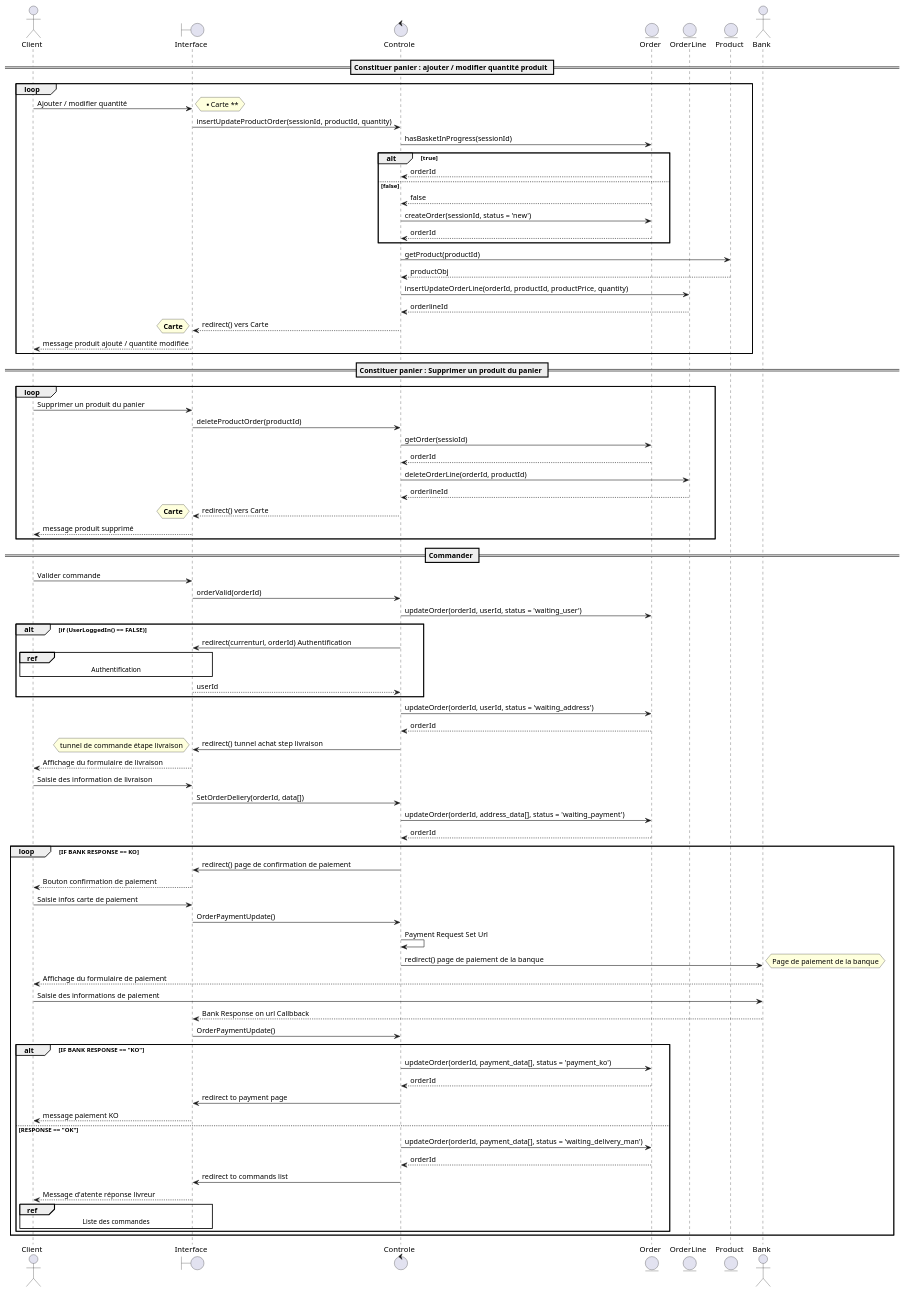
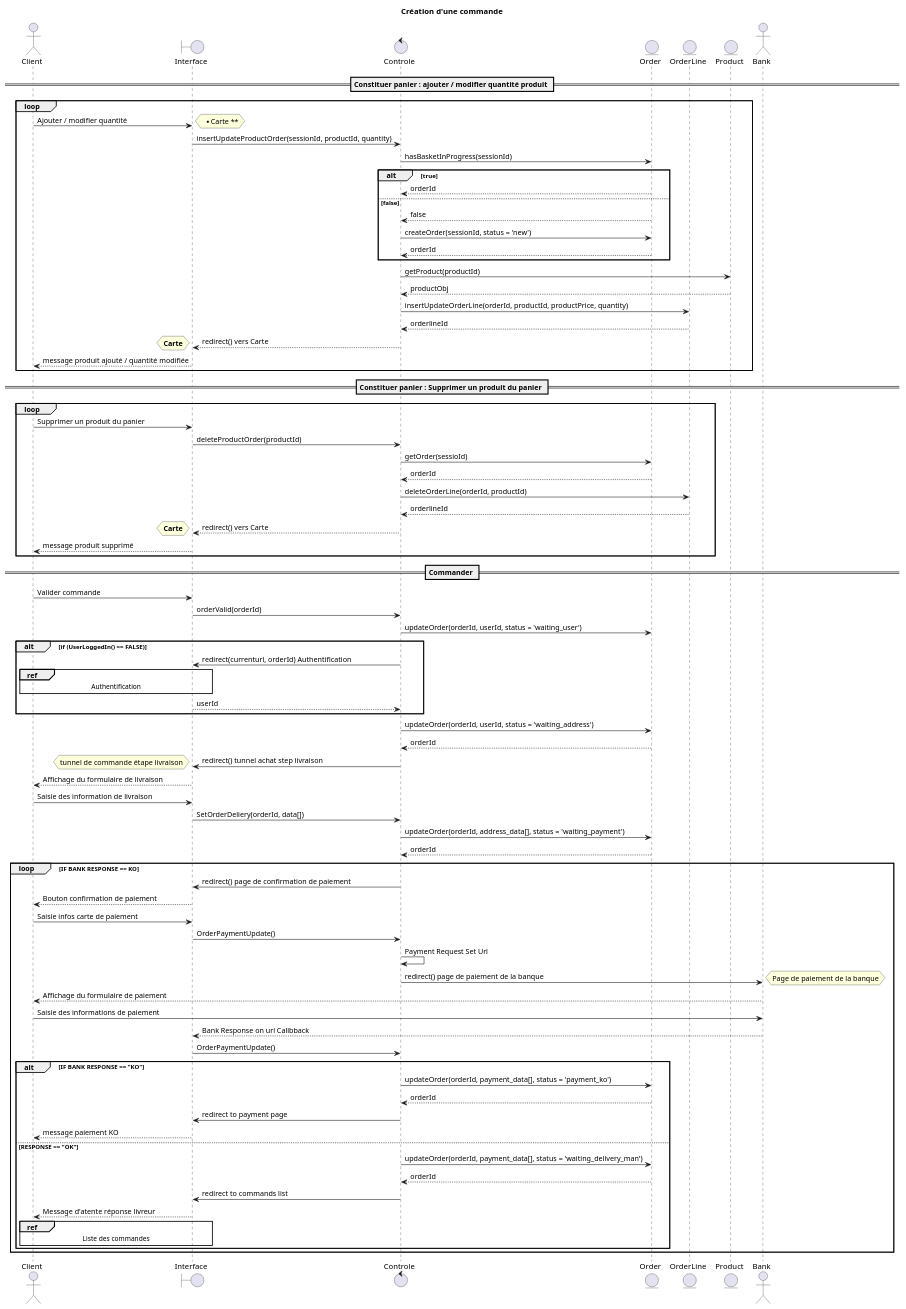
The diagram in uml/sequence-command.plantuml (sjaulin/expressfood), drawn with PlantUML before and after one commit. The commit also changed 1 other file, not shown here.

Commit message:
set titles on sequence plantuml

```diff
--- a/uml/sequence-command.plantuml
+++ b/uml/sequence-command.plantuml
@@ -1,85 +1,86 @@
 @startuml
+title Création d'une commande
 actor Client
 boundary Interface
 control Controle
 entity Order
 entity OrderLine
 entity Product
 actor Bank
 == Constituer panier : ajouter / modifier quantité produit ==
 loop
 Client -> Interface : Ajouter / modifier quantité
 hnote right : ** Carte **
 Interface -> Controle : insertUpdateProductOrder(sessionId, productId, quantity)
 Controle -> Order : hasBasketInProgress(sessionId)
 alt true
 Order --> Controle : orderId
 else false
 Order --> Controle : false
 Controle -> Order : createOrder(sessionId, status = 'new')
 Order --> Controle : orderId
 end
 Controle -> Product : getProduct(productId)
 Product --> Controle : productObj
 Controle -> OrderLine : insertUpdateOrderLine(orderId, productId, productPrice, quantity)
 OrderLine --> Controle : orderlineId
 Controle --> Interface : redirect() vers Carte
 hnote left: **Carte**
 Interface --> Client : message produit ajouté / quantité modifiée
 end
 == Constituer panier : Supprimer un produit du panier ==
 loop
 Client -> Interface : Supprimer un produit du panier
 Interface -> Controle : deleteProductOrder(productId)
 Controle -> Order : getOrder(sessioId)
 Order -->Controle : orderId
 Controle -> OrderLine : deleteOrderLine(orderId, productId)
 OrderLine --> Controle : orderlineId
 Controle --> Interface : redirect() vers Carte
 hnote left: **Carte**
 Interface --> Client : message produit supprimé
 end 
 == Commander ==
 Client -> Interface : Valider commande
 Interface -> Controle : orderValid(orderId) 
 Controle -> Order : updateOrder(orderId, userId, status = 'waiting_user')
 alt if (UserLoggedIn() == FALSE)
 Controle -> Interface : redirect(currenturl, orderId) Authentification
 ref over Client, Interface : Authentification
 Interface --> Controle : userId
 end
 Controle -> Order : updateOrder(orderId, userId, status = 'waiting_address')
 Order --> Controle : orderId
 Controle -> Interface : redirect() tunnel achat step livraison
 hnote left : tunnel de commande étape livraison
 Interface --> Client : Affichage du formulaire de livraison
 Client -> Interface : Saisie des information de livraison
 Interface -> Controle : SetOrderDeliery(orderId, data[])
 Controle -> Order : updateOrder(orderId, address_data[], status = 'waiting_payment')
 Order --> Controle : orderId
 loop IF BANK RESPONSE == KO
 Controle -> Interface : redirect() page de confirmation de paiement
 Interface --> Client : Bouton confirmation de paiement
 Client -> Interface : Saisie infos carte de paiement
 Interface -> Controle : OrderPaymentUpdate()
 Controle -> Controle : Payment Request Set Url
 Controle -> Bank : redirect() page de paiement de la banque
 hnote right : Page de paiement de la banque
 Bank --> Client : Affichage du formulaire de paiement
 Client -> Bank : Saisie des informations de paiement
 Bank --> Interface : Bank Response on url Callbback
 Interface -> Controle : OrderPaymentUpdate()
 alt IF BANK RESPONSE == "KO" 
 Controle -> Order : updateOrder(orderId, payment_data[], status = 'payment_ko')
 Order --> Controle : orderId
 Controle -> Interface : redirect to payment page
 Interface --> Client : message paiement KO 
 else RESPONSE == "OK"
 Controle -> Order : updateOrder(orderId, payment_data[], status = 'waiting_delivery_man')
 Order --> Controle : orderId
 Controle -> Interface : redirect to commands list
 Interface --> Client : Message d'atente réponse livreur
 ref over Client, Interface : Liste des commandes
 end
 end
 @enduml
```
